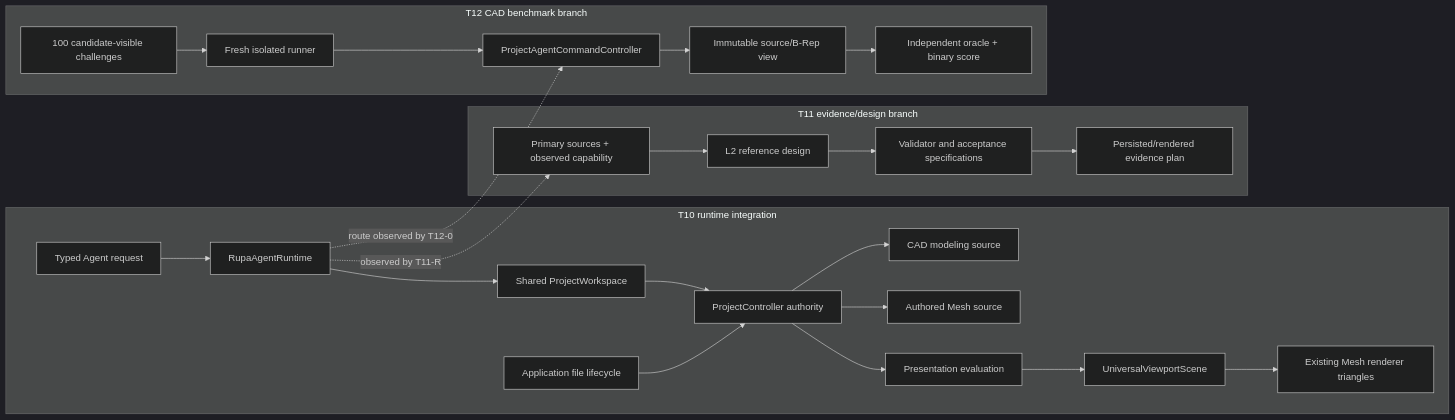
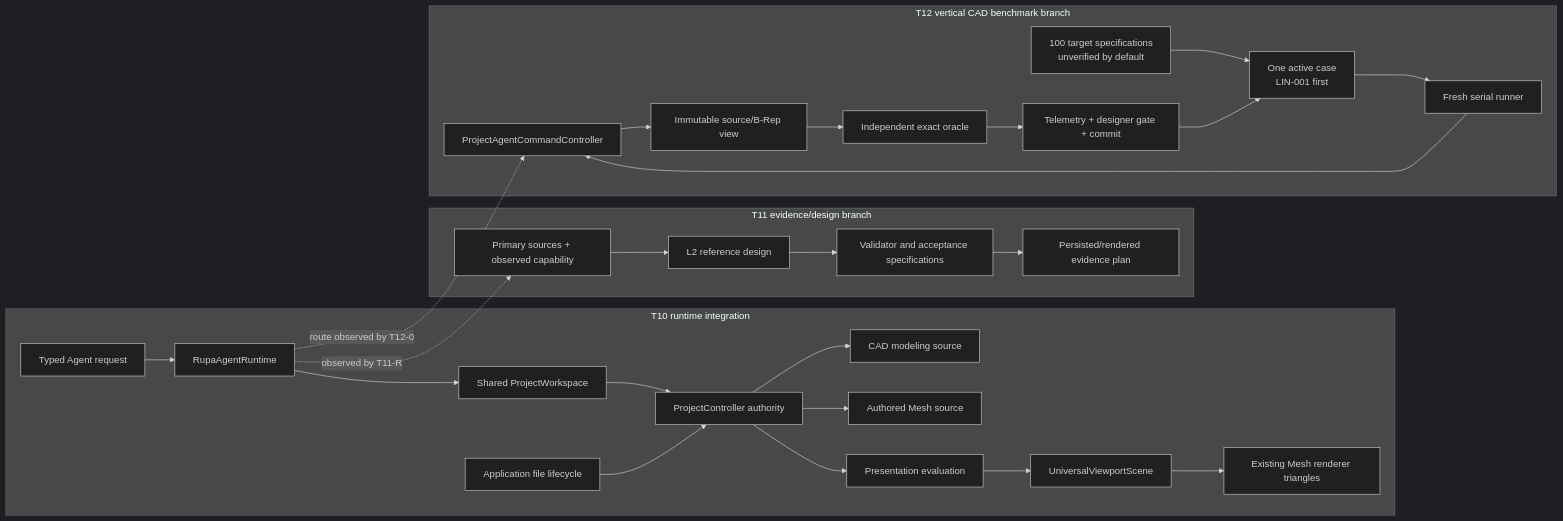
The first of 3 diagrams in DESIGN.md (1amageek/Rupa), drawn with Mermaid (dark theme) before and after one commit. The commit also changed other lines of this file and 71 other files, not shown here.

Commit message:
Define vertical Agent CAD benchmark foundation

````diff
--- a/DESIGN.md
+++ b/DESIGN.md
@@ -53,27 +53,30 @@
 ```mermaid
 flowchart LR
     subgraph T10["T10 runtime integration"]
         Agent["Typed Agent request"] --> Runtime["RupaAgentRuntime"]
         Runtime --> Workspace["Shared ProjectWorkspace"]
         Workspace --> Project["ProjectController authority"]
         Project --> CAD["CAD modeling source"]
         Project --> Mesh["Authored Mesh source"]
         Project --> Eval["Presentation evaluation"]
         Eval --> Scene["UniversalViewportScene"]
         Scene --> Render["Existing Mesh renderer triangles"]
         App["Application file lifecycle"] --> Project
     end
     subgraph T11["T11 evidence/design branch"]
         Sources["Primary sources + observed capability"] --> Reference["L2 reference design"]
         Reference --> Acceptance["Validator and acceptance specifications"]
         Acceptance --> ArtifactEvidence["Persisted/rendered evidence plan"]
     end
-    subgraph T12["T12 CAD benchmark branch"]
-        Challenge["100 candidate-visible challenges"] --> Runner["Fresh isolated runner"]
+    subgraph T12["T12 vertical CAD benchmark branch"]
+        Challenge["100 target specifications\nunverified by default"] --> Active["One active case\nLIN-001 first"]
+        Active --> Runner["Fresh serial runner"]
         Runner --> AgentRoute["ProjectAgentCommandController"]
         AgentRoute --> SourceSnapshot["Immutable source/B-Rep view"]
-        SourceSnapshot --> Oracle["Independent oracle + binary score"]
+        SourceSnapshot --> Oracle["Independent exact oracle"]
+        Oracle --> Gate["Telemetry + designer gate + commit"]
+        Gate --> Active
     end
     Runtime -. "observed by T11-R" .-> Sources
     Runtime -. "route observed by T12-0" .-> AgentRoute
 ```
````
